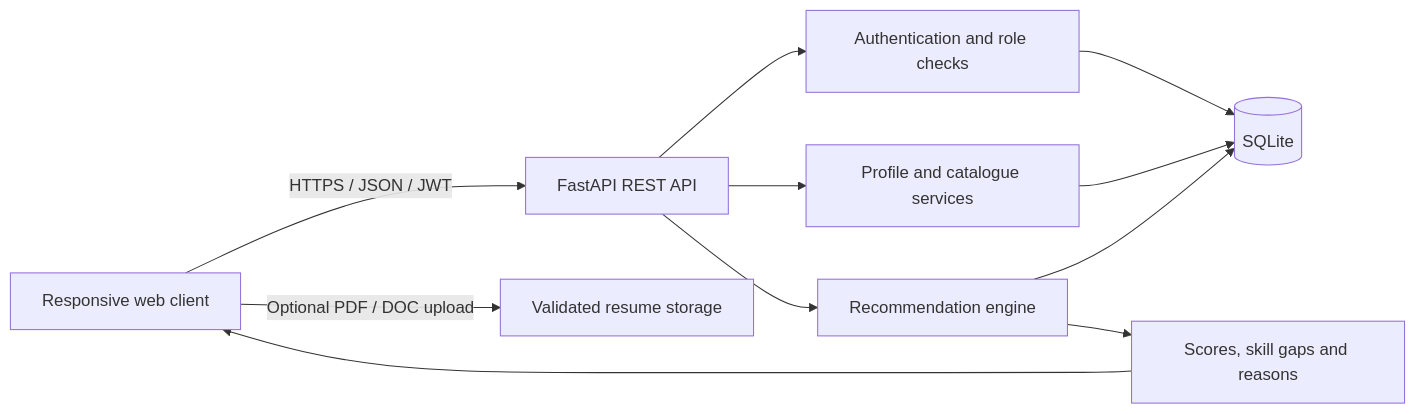
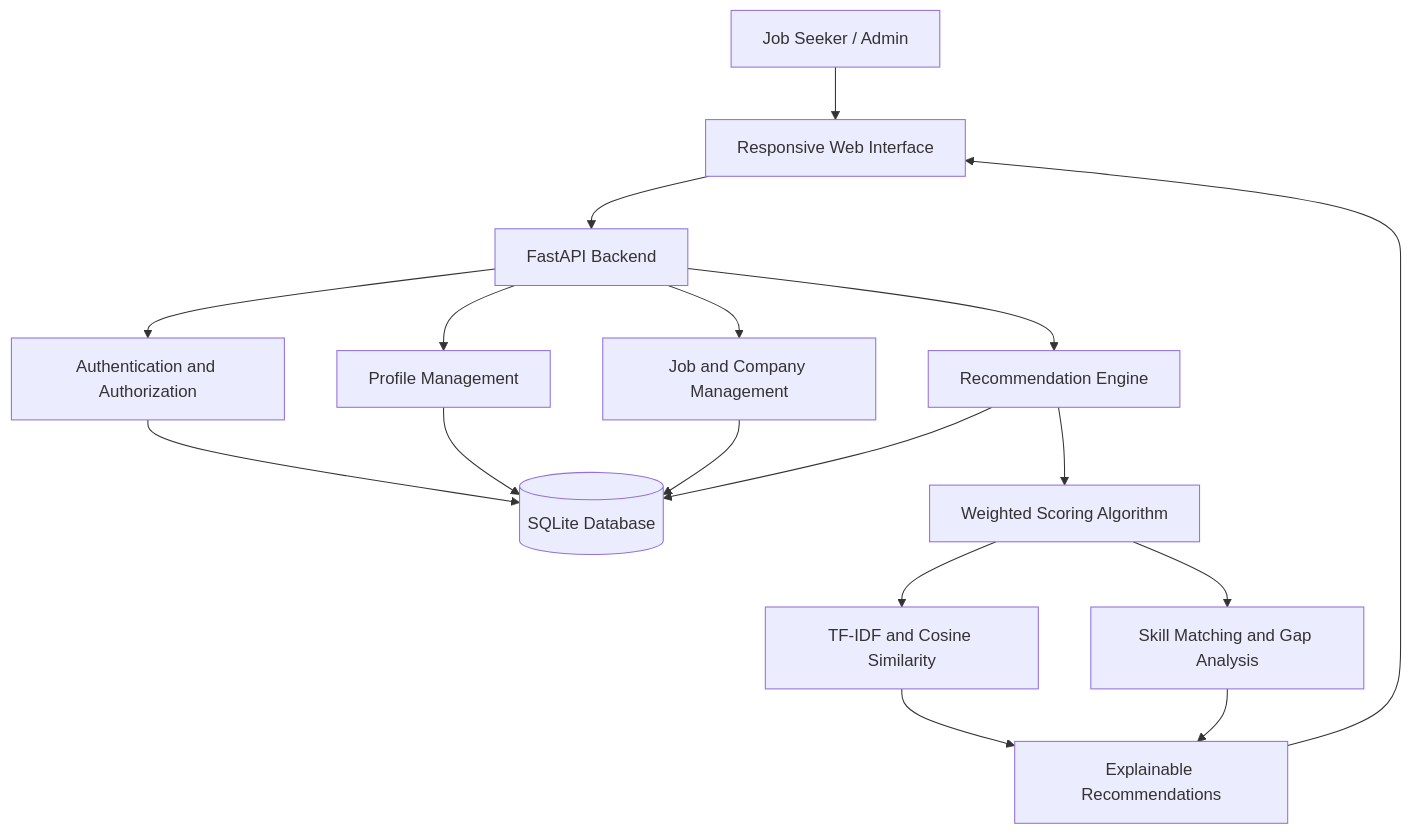
Before and after one commit to jayptl0811-lab/skill-based-company-recommandation-system: the first of 2 diagrams in README.md, drawn with Mermaid. The commit also changed other lines of this file, not shown here.

````diff
--- a/README.md
+++ b/README.md
@@ -94,13 +68,19 @@
 ```mermaid
-flowchart LR
-  Browser[Responsive web client] -->|HTTPS / JSON / JWT| API[FastAPI REST API]
-  API --> Auth[Authentication and role checks]
-  API --> Profile[Profile and catalogue services]
-  API --> Recs[Recommendation engine]
-  Auth --> DB[(SQLite)]
-  Profile --> DB
-  Recs --> DB
-  Recs --> Explain[Scores, skill gaps and reasons]
-  Explain --> Browser
-  Browser -->|Optional PDF / DOC upload| Uploads[Validated resume storage]
+flowchart TD
+    A[Job Seeker / Admin] --> B[Responsive Web Interface]
+    B --> C[FastAPI Backend]
+    C --> D[Authentication and Authorization]
+    C --> E[Profile Management]
+    C --> F[Job and Company Management]
+    C --> G[Recommendation Engine]
+    D --> H[(SQLite Database)]
+    E --> H
+    F --> H
+    G --> H
+    G --> I[Weighted Scoring Algorithm]
+    I --> J[TF-IDF and Cosine Similarity]
+    I --> K[Skill Matching and Gap Analysis]
+    J --> L[Explainable Recommendations]
+    K --> L
+    L --> B
 ```
````
